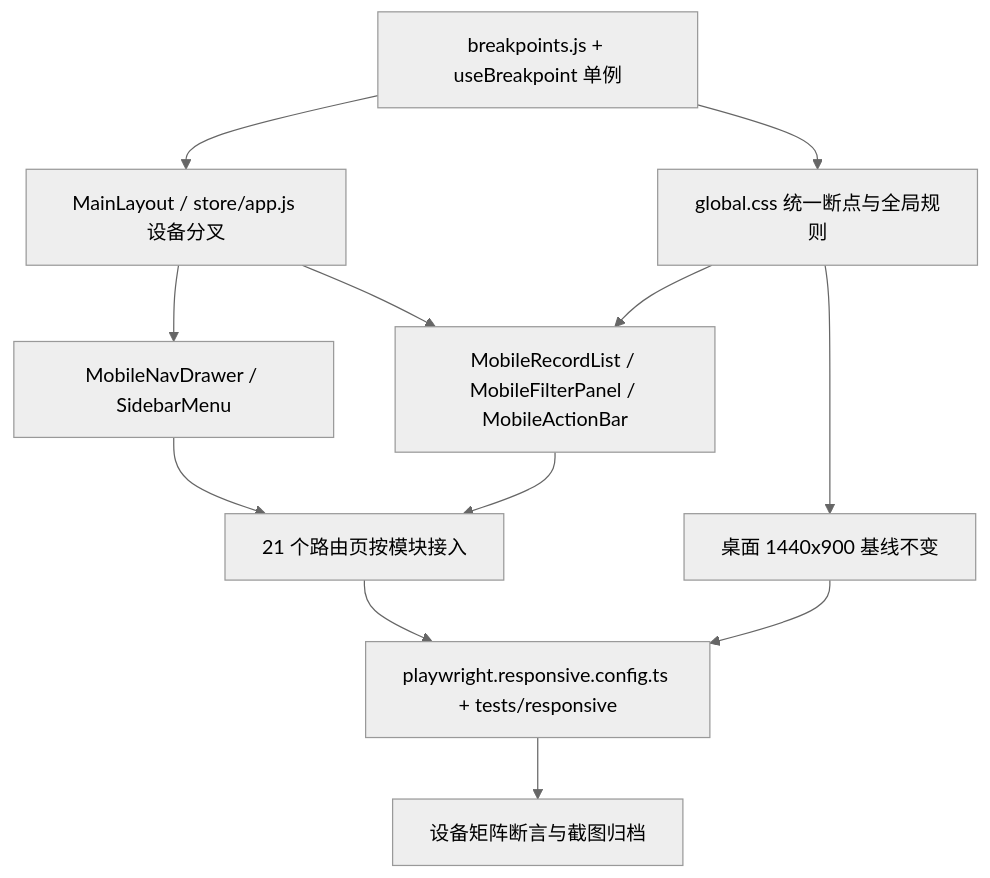
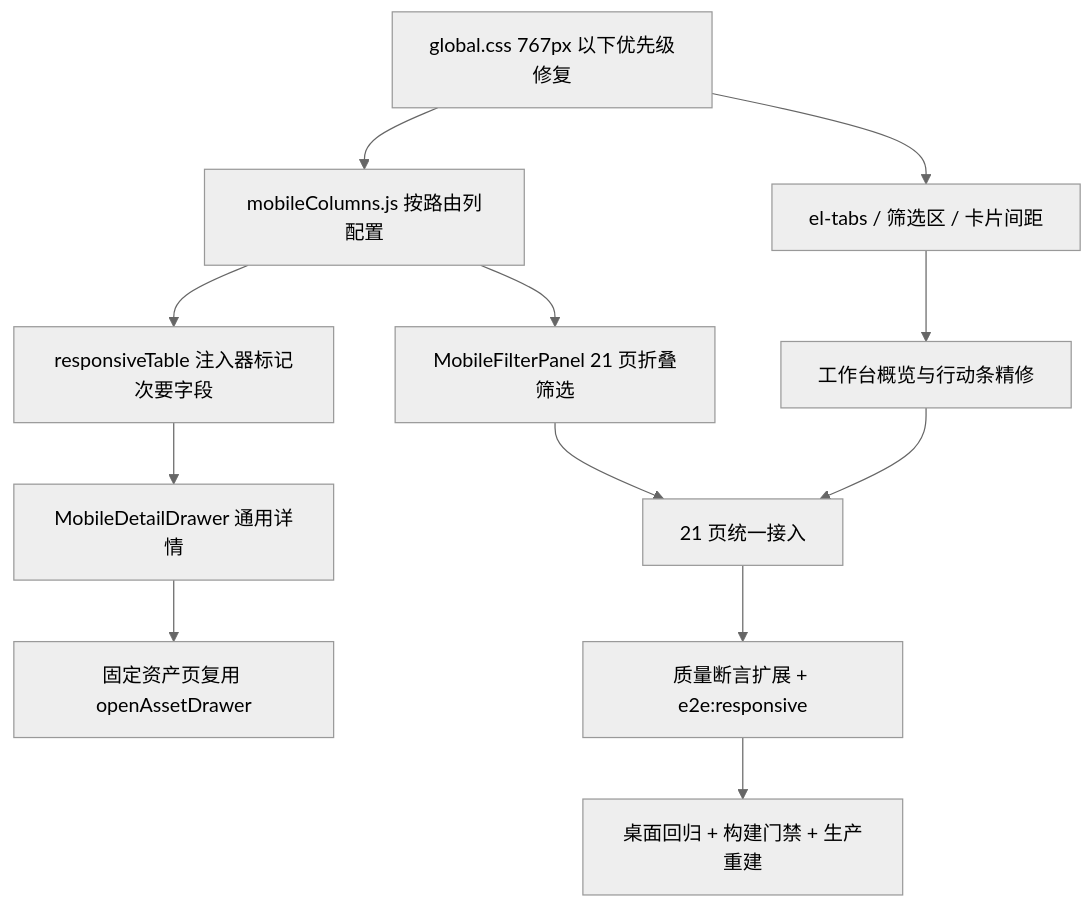
One commit to forch3657/eam-fams changed the diagram in .codebuddy/plans/响应式适配改造_PC_平板_手机全量__17b465d2.md. Above: the diagram before and after it, drawn with Mermaid (neutral theme). The commit also changed other lines of this file and 13 other files, not shown here.

````diff
--- a/.codebuddy/plans/响应式适配改造_PC_平板_手机全量__17b465d2.md
+++ b/.codebuddy/plans/响应式适配改造_PC_平板_手机全量__17b465d2.md
@@ -132,14 +131,14 @@
 ```mermaid
 flowchart TD
-  A["breakpoints.js + useBreakpoint 单例"] --> B["MainLayout / store/app.js 设备分叉"]
-  A --> C["global.css 统一断点与全局规则"]
-  B --> D["MobileNavDrawer / SidebarMenu"]
-  C --> E["MobileRecordList / MobileFilterPanel / MobileActionBar"]
-  B --> E
-  D --> F["21 个路由页按模块接入"]
-  E --> F
-  F --> G["playwright.responsive.config.ts + tests/responsive"]
-  G --> H["设备矩阵断言与截图归档"]
-  C --> I["桌面 1440x900 基线不变"]
-  I --> G
+  A["global.css 767px 以下优先级修复"] --> B["mobileColumns.js 按路由列配置"]
+  A --> C["el-tabs / 筛选区 / 卡片间距"]
+  B --> D["responsiveTable 注入器标记次要字段"]
+  D --> E["MobileDetailDrawer 通用详情"]
+  E --> F["固定资产页复用 openAssetDrawer"]
+  B --> G["MobileFilterPanel 21 页折叠筛选"]
+  C --> H["工作台概览与行动条精修"]
+  G --> I["21 页统一接入"]
+  H --> I
+  I --> J["质量断言扩展 + e2e:responsive"]
+  J --> K["桌面回归 + 构建门禁 + 生产重建"]
 ```
````
